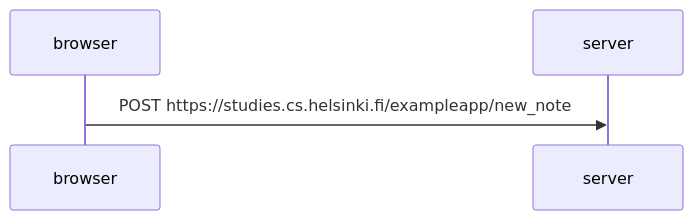
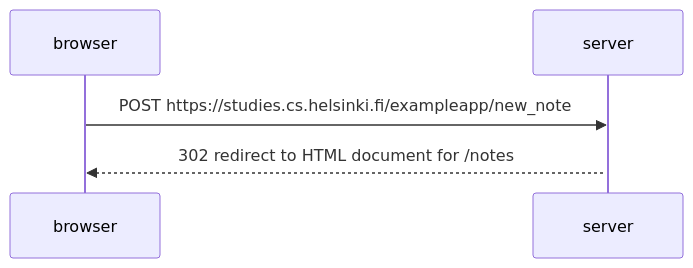
Before and after one commit to chrisaugust/full-stack-open: the diagram in part0/new_note_diagram.md, drawn with Mermaid.

Commit message:
Add to diagram

````diff
--- a/part0/new_note_diagram.md
+++ b/part0/new_note_diagram.md
@@ -1,7 +1,9 @@
 ```mermaid
 sequenceDiagram
     participant browser
     participant server
 
     browser->>server: POST https://studies.cs.helsinki.fi/exampleapp/new_note
+    activate server
+    server-->>browser: 302 redirect to HTML document for /notes
 ```
````
